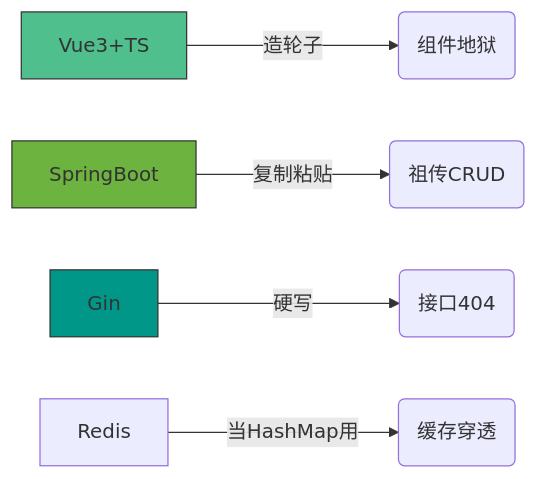
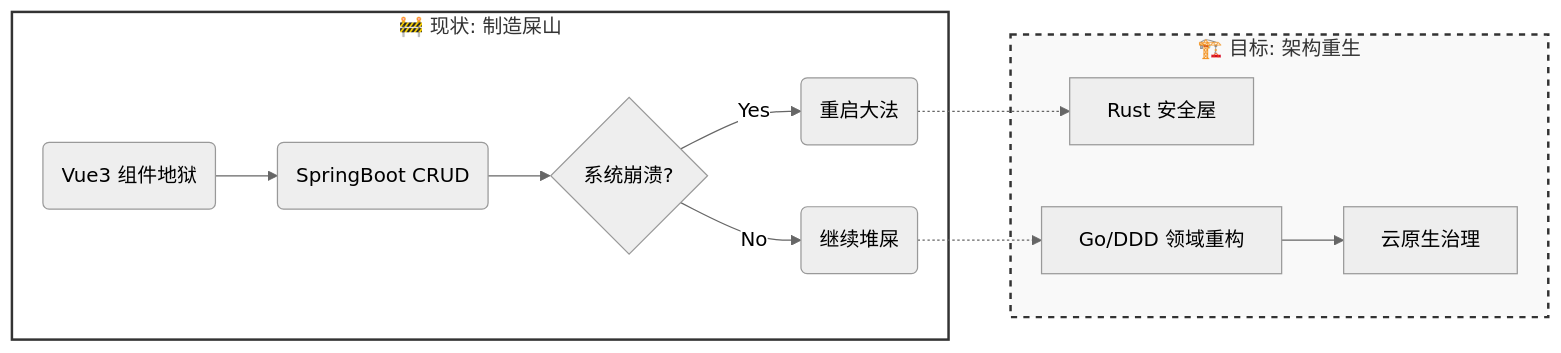
Before and after one commit to GuLuGuLu3399/GuLuGuLu3399: the diagram in README.md, drawn with Mermaid. The commit also changed other lines of this file, not shown here.

````diff
--- a/README.md
+++ b/README.md
@@ -54,10 +86,20 @@
 ```mermaid
+%%{init: {'theme': 'neutral', 'themeVariables': { 'fontFamily': 'Fira Code' }}}%%
 graph LR
-    A[Vue3+TS] -->|造轮子| B(组件地狱)
-    C[SpringBoot] -->|复制粘贴| D(祖传CRUD)
-    E[Gin] -->|硬写| F(接口404)
-    G[Redis] -->|当HashMap用| H(缓存穿透)
-    style A fill:#4FC08D,stroke:#333
-    style C fill:#6DB33F,stroke:#333
-    style E fill:#009688,stroke:#333
+    subgraph Legacy[🚧 现状: 制造屎山]
+        A(Vue3 组件地狱) --> B(SpringBoot CRUD)
+        B --> C{系统崩溃?}
+        C -->|Yes| D(重启大法)
+        C -->|No| E(继续堆屎)
+    end
+
+    subgraph Future[🏗️ 目标: 架构重生]
+        D -.-> F[Rust 安全屋]
+        E -.-> G[Go/DDD 领域重构]
+        G --> H[云原生治理]
+    end
+
+    style Legacy fill:#fff,stroke:#333,stroke-width:2px
+    style Future fill:#f9f9f9,stroke:#333,stroke-width:2px,stroke-dasharray: 5 5
+
 ```
````
